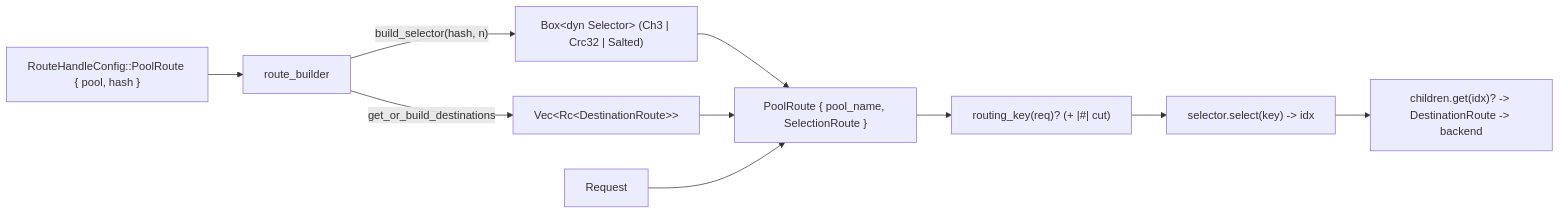
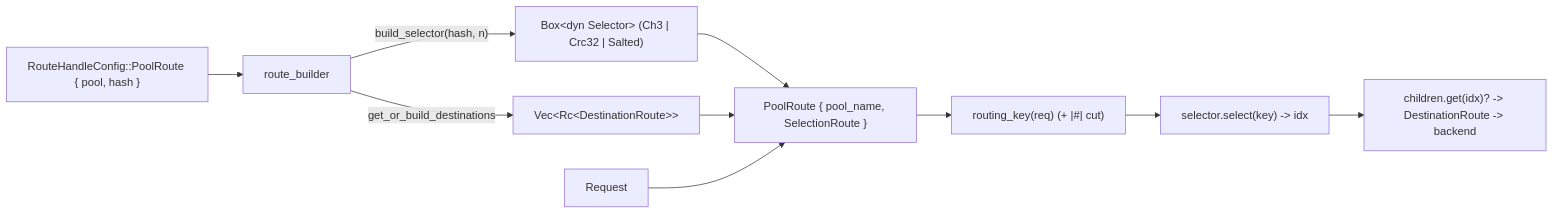
One commit to raydatray/rusty-mcrouter changed the diagram in docs/architecture/hash-routing.md. Above: the diagram before and after it, drawn with Mermaid. The commit also changed other lines of this file and 3 other files, not shown here.

````diff
--- a/docs/architecture/hash-routing.md
+++ b/docs/architecture/hash-routing.md
@@ -36,12 +36,12 @@
 ```mermaid
 flowchart LR
   CFG["RouteHandleConfig::PoolRoute { pool, hash }"] --> BLD["route_builder"]
   BLD -->|"build_selector(hash, n)"| SEL["Box&lt;dyn Selector&gt; (Ch3 | Crc32 | Salted)"]
   BLD -->|"get_or_build_destinations"| DST["Vec&lt;Rc&lt;DestinationRoute&gt;&gt;"]
   SEL --> PR["PoolRoute { pool_name, SelectionRoute }"]
   DST --> PR
   REQ["Request"] --> PR
-  PR --> RK["routing_key(req)? (+ |#| cut)"]
+  PR --> RK["routing_key(req) (+ |#| cut)"]
   RK --> IDX["selector.select(key) -> idx"]
   IDX --> CH["children.get(idx)? -> DestinationRoute -> backend"]
 ```
````
